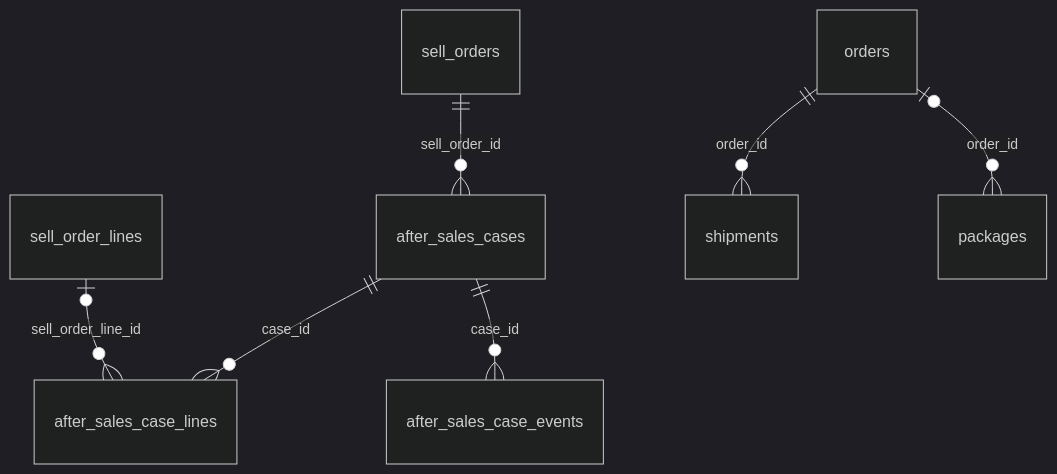
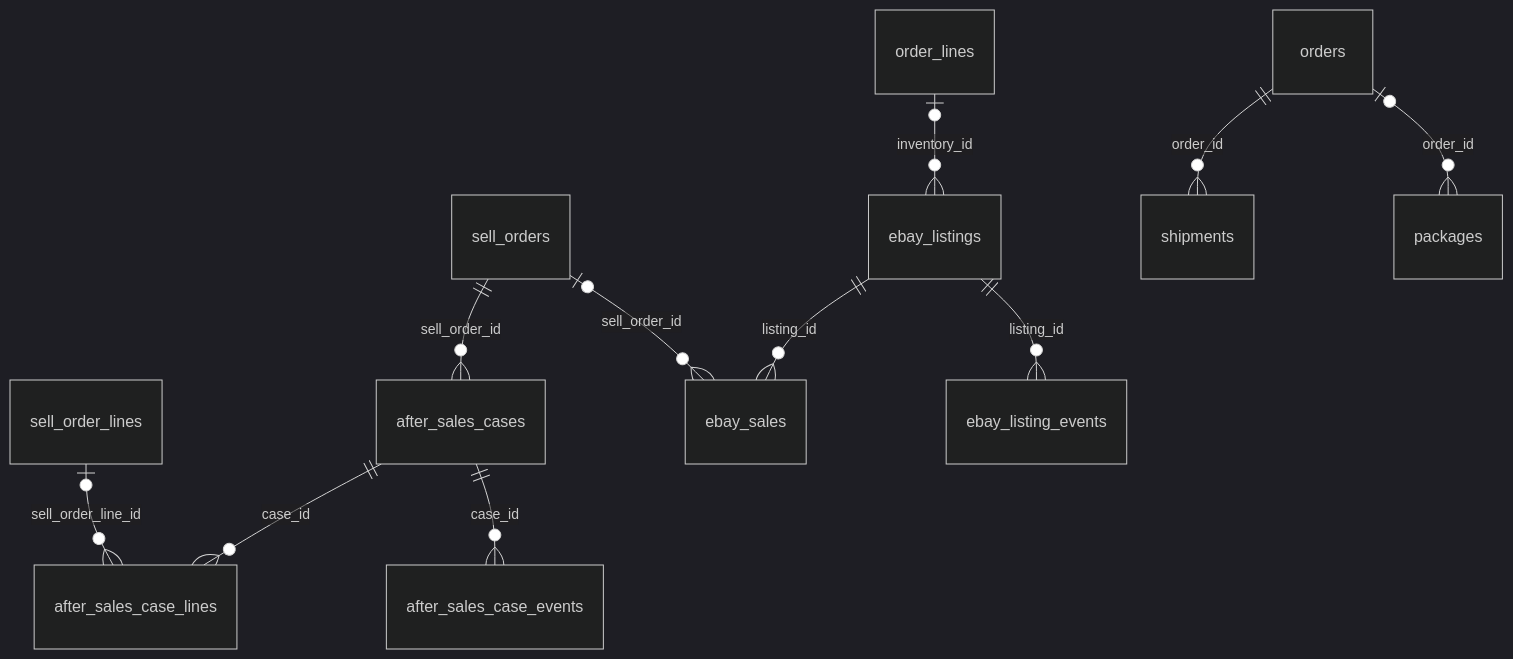
Before and after one commit to JinhuW/recycle_servres_erp: the sixth of 12 diagrams in docs/DATABASE.md, drawn with Mermaid (dark theme). The commit also changed other lines of this file and 2 other files, not shown here.

````diff
--- a/docs/DATABASE.md
+++ b/docs/DATABASE.md
@@ -1390,9 +1390,13 @@
 ```mermaid
 erDiagram
   sell_orders ||--o{ after_sales_cases : "sell_order_id"
   after_sales_cases ||--o{ after_sales_case_lines : "case_id"
   sell_order_lines |o--o{ after_sales_case_lines : "sell_order_line_id"
   after_sales_cases ||--o{ after_sales_case_events : "case_id"
+  order_lines |o--o{ ebay_listings : "inventory_id"
+  ebay_listings ||--o{ ebay_sales : "listing_id"
+  sell_orders |o--o{ ebay_sales : "sell_order_id"
+  ebay_listings ||--o{ ebay_listing_events : "listing_id"
   orders ||--o{ shipments : "order_id"
   orders |o--o{ packages : "order_id"
 ```
````
